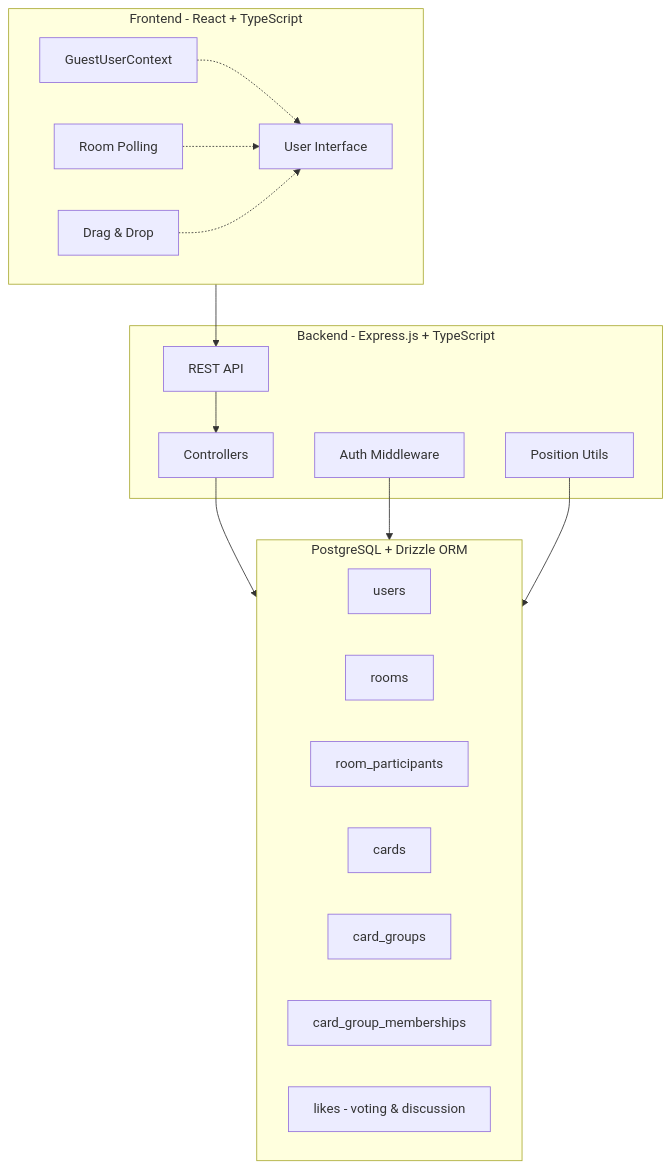
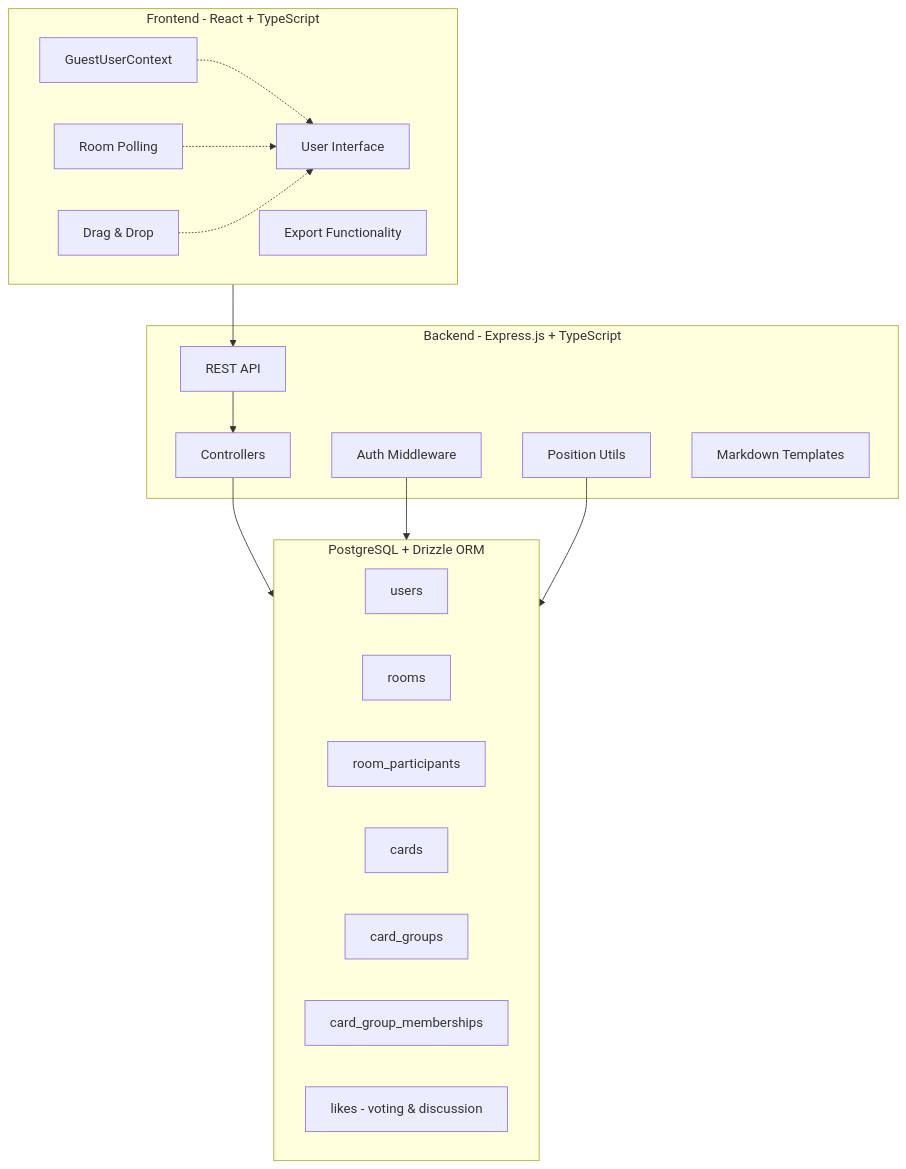
One commit to WarVDine/yet-another-retro-tool changed the diagram in docs/README.md. Above: the diagram before and after it, drawn with Mermaid. The commit also changed other lines of this file and 1 other file, not shown here.

````diff
--- a/docs/README.md
+++ b/docs/README.md
@@ -58,36 +66,38 @@
 ```mermaid
 flowchart TB
     subgraph Frontend [Frontend - React + TypeScript]
         UI[User Interface]
         Auth[GuestUserContext]
         Polling[Room Polling]
         DnD[Drag & Drop]
+        Export[Export Functionality]
     end
     
     subgraph Backend [Backend - Express.js + TypeScript]
         API[REST API]
         Controllers[Controllers]
         Middleware[Auth Middleware]
         Utils[Position Utils]
+        Templates[Markdown Templates]
     end
     
     subgraph Database [PostgreSQL + Drizzle ORM]
         Users[users]
         Rooms[rooms]
         Participants[room_participants]
         Cards[cards]
         Groups[card_groups]
         Memberships[card_group_memberships]
         Likes[likes - voting & discussion]
     end
     
     Frontend --> API
     API --> Controllers
     Controllers --> Database
     Middleware --> Database
     Utils --> Database
     
     Auth -.-> UI
     Polling -.-> UI
     DnD -.-> UI
 ```
````
